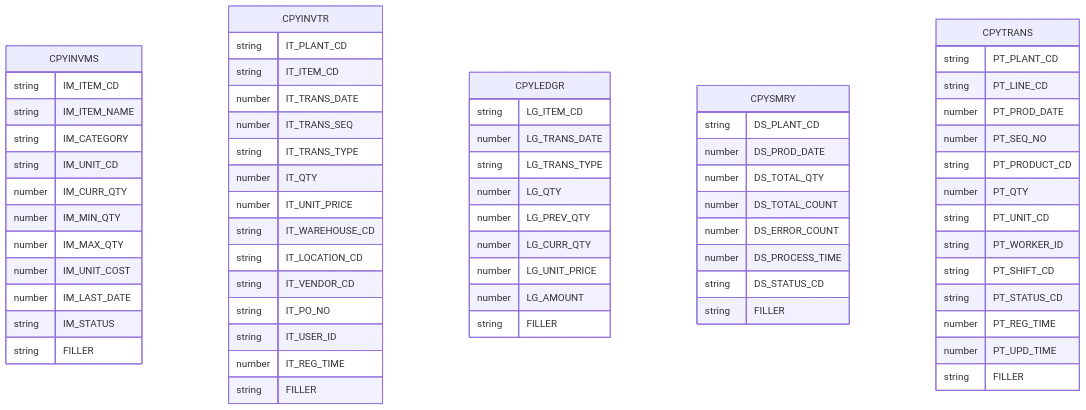
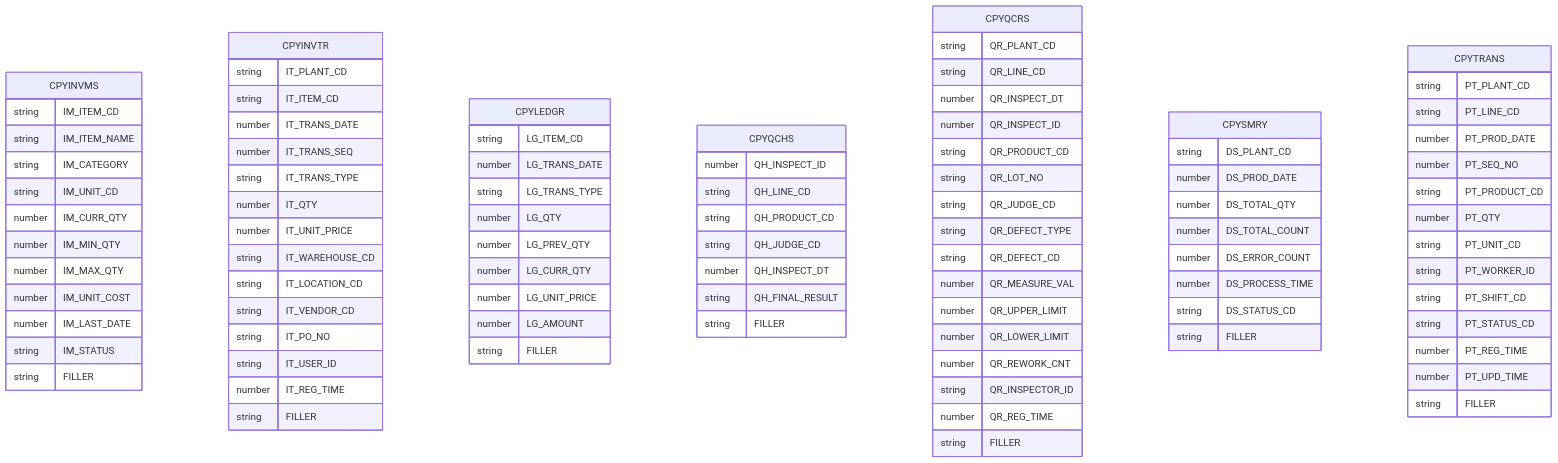
The diagram in output/diagrams/erd_copybooks.md (donseok/catm-project), drawn with Mermaid before and after one commit. The commit also changed 19 other files, not shown here.

```diff
--- a/output/diagrams/erd_copybooks.md
+++ b/output/diagrams/erd_copybooks.md
@@ -46,6 +46,35 @@
         string FILLER
     }
 
+    CPYQCHS {
+        number QH_INSPECT_ID
+        string QH_LINE_CD
+        string QH_PRODUCT_CD
+        string QH_JUDGE_CD
+        number QH_INSPECT_DT
+        string QH_FINAL_RESULT
+        string FILLER
+    }
+
+    CPYQCRS {
+        string QR_PLANT_CD
+        string QR_LINE_CD
+        number QR_INSPECT_DT
+        number QR_INSPECT_ID
+        string QR_PRODUCT_CD
+        string QR_LOT_NO
+        string QR_JUDGE_CD
+        string QR_DEFECT_TYPE
+        string QR_DEFECT_CD
+        number QR_MEASURE_VAL
+        number QR_UPPER_LIMIT
+        number QR_LOWER_LIMIT
+        number QR_REWORK_CNT
+        string QR_INSPECTOR_ID
+        number QR_REG_TIME
+        string FILLER
+    }
+
     CPYSMRY {
         string DS_PLANT_CD
         number DS_PROD_DATE
```
